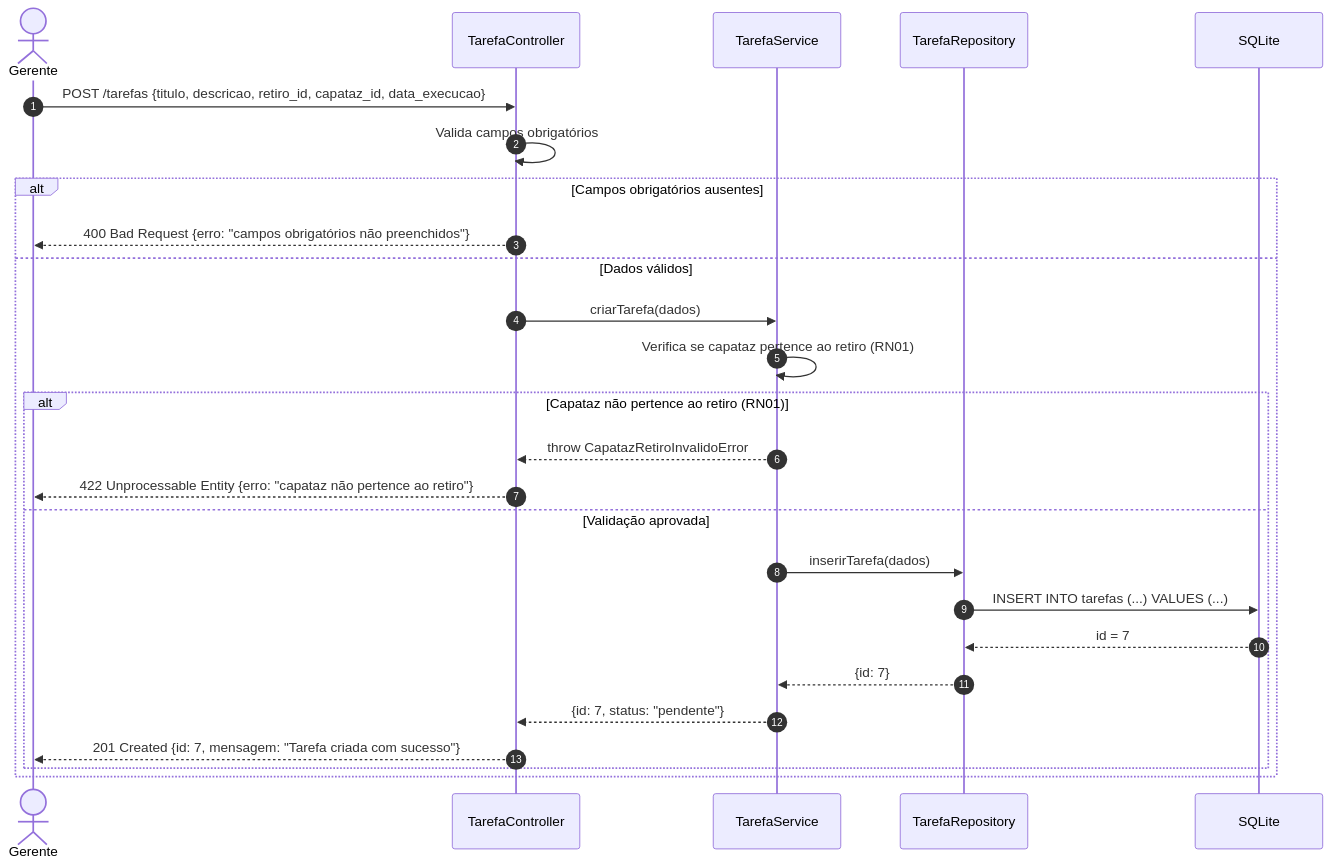
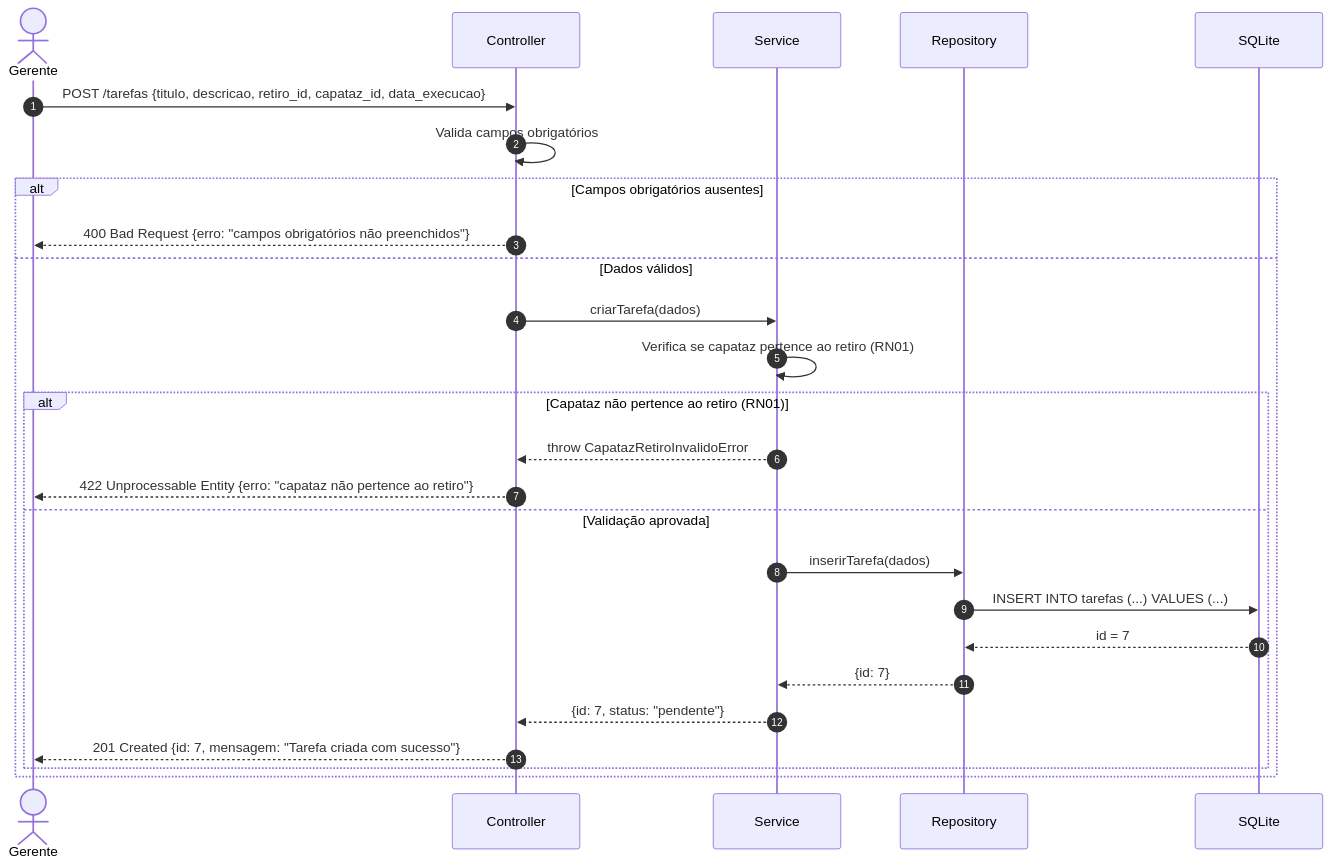
One commit to EduardoG-13/SynTech changed the diagram in documentos/wad.md. Above: the diagram before and after it, drawn with Mermaid.

Commit message:
docs(#151): atualiza o diagrama de sequência da US01

````diff
--- a/documentos/wad.md
+++ b/documentos/wad.md
@@ -1223,31 +1223,31 @@
 ```mermaid
 sequenceDiagram
     autonumber
     actor G as Gerente
-    participant CTR as TarefaController
-    participant SRV as TarefaService
-    participant REP as TarefaRepository
+    participant CTR as Controller
+    participant SRV as Service
+    participant REP as Repository
     participant DB as SQLite
 
     G->>CTR: POST /tarefas {titulo, descricao, retiro_id, capataz_id, data_execucao}
     CTR->>CTR: Valida campos obrigatórios
 
     alt Campos obrigatórios ausentes
         CTR-->>G: 400 Bad Request {erro: "campos obrigatórios não preenchidos"}
     else Dados válidos
         CTR->>SRV: criarTarefa(dados)
         SRV->>SRV: Verifica se capataz pertence ao retiro (RN01)
 
         alt Capataz não pertence ao retiro (RN01)
             SRV-->>CTR: throw CapatazRetiroInvalidoError
             CTR-->>G: 422 Unprocessable Entity {erro: "capataz não pertence ao retiro"}
         else Validação aprovada
             SRV->>REP: inserirTarefa(dados)
             REP->>DB: INSERT INTO tarefas (...) VALUES (...)
             DB-->>REP: id = 7
             REP-->>SRV: {id: 7}
             SRV-->>CTR: {id: 7, status: "pendente"}
             CTR-->>G: 201 Created {id: 7, mensagem: "Tarefa criada com sucesso"}
         end
     end
 ```
````
